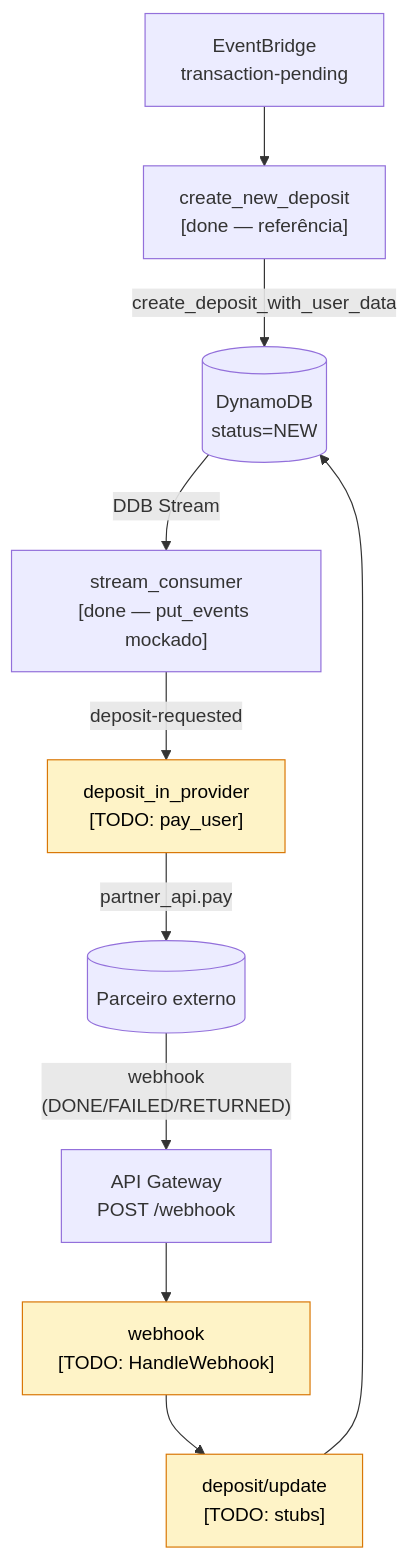
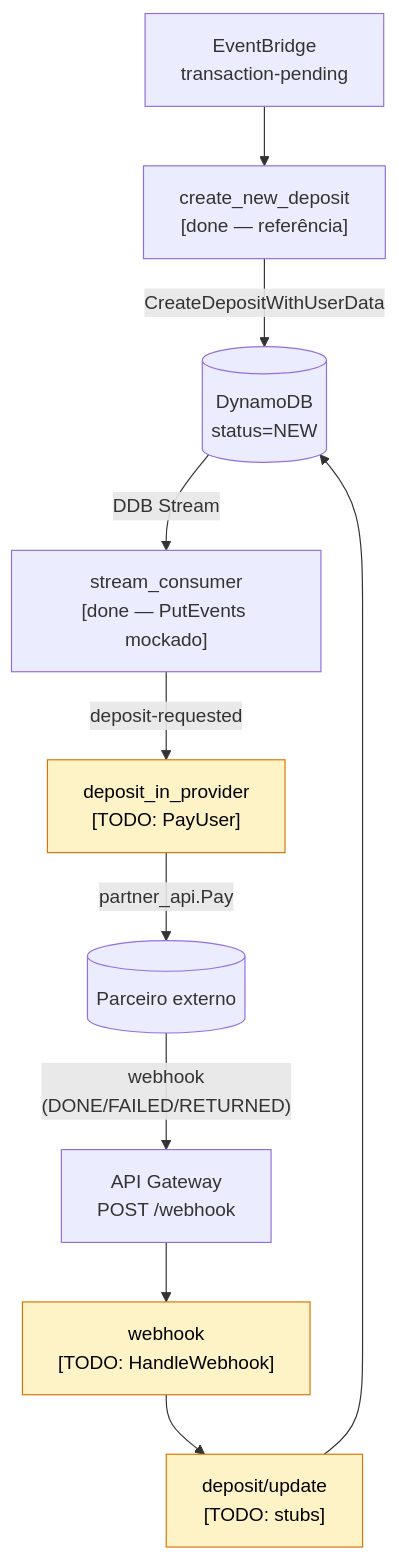
The diagram in DESAFIO.md (FacioCode/interview-mock-deposits), drawn with Mermaid before and after one commit. The commit also changed other lines of this file and 57 other files, not shown here.

````diff
--- a/DESAFIO.md
+++ b/DESAFIO.md
@@ -42,15 +33,15 @@
 ```mermaid
 flowchart TD
     src["EventBridge<br/>transaction-pending"] --> cnd["create_new_deposit<br/>[done — referência]"]
-    cnd -->|"create_deposit_with_user_data"| ddb[("DynamoDB<br/>status=NEW")]
-    ddb -->|"DDB Stream"| sc["stream_consumer<br/>[done — put_events mockado]"]
-    sc -->|"deposit-requested"| dip["deposit_in_provider<br/>[TODO: pay_user]"]
-    dip -->|"partner_api.pay"| ext[(Parceiro externo)]
+    cnd -->|"CreateDepositWithUserData"| ddb[("DynamoDB<br/>status=NEW")]
+    ddb -->|"DDB Stream"| sc["stream_consumer<br/>[done — PutEvents mockado]"]
+    sc -->|"deposit-requested"| dip["deposit_in_provider<br/>[TODO: PayUser]"]
+    dip -->|"partner_api.Pay"| ext[(Parceiro externo)]
     ext -->|"webhook<br/>(DONE/FAILED/RETURNED)"| apigw["API Gateway<br/>POST /webhook"]
     apigw --> wh["webhook<br/>[TODO: HandleWebhook]"]
     wh --> upd["deposit/update<br/>[TODO: stubs]"]
     upd --> ddb
 
     classDef todo fill:#fef3c7,stroke:#d97706,color:#000
     class dip,wh,upd todo
 ```
````
